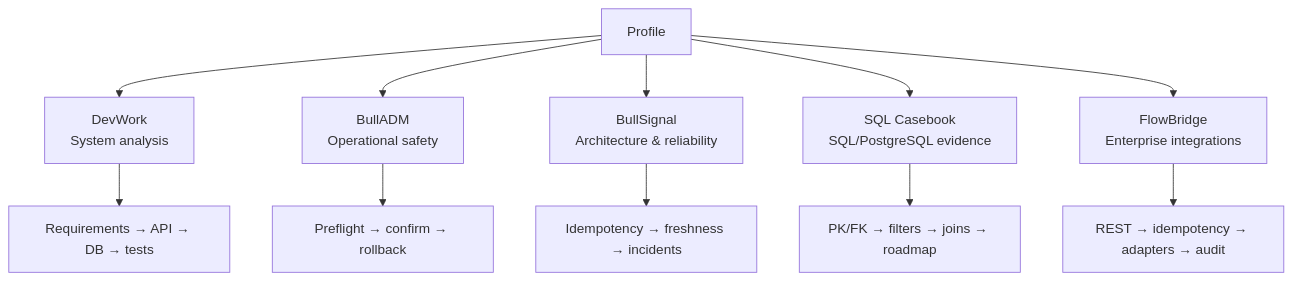
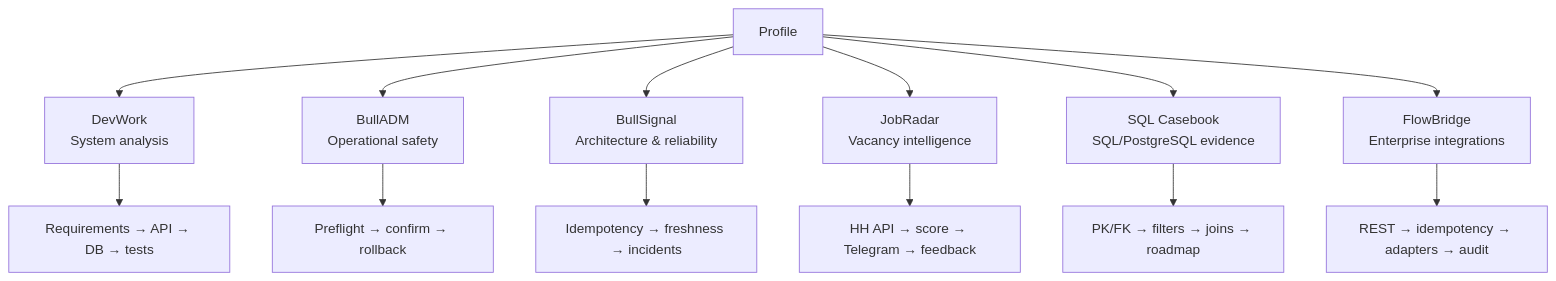
The diagram in PORTFOLIO_MAP.md (blsoo/blsoo), drawn with Mermaid before and after one commit. The commit also changed other lines of this file, not shown here.

Commit message:
Add JobRadar to portfolio map

````diff
--- a/PORTFOLIO_MAP.md
+++ b/PORTFOLIO_MAP.md
@@ -34,14 +36,16 @@
 ```mermaid
 flowchart TD
     P[Profile] --> D[DevWork\nSystem analysis]
     P --> A[BullADM\nOperational safety]
     P --> B[BullSignal\nArchitecture & reliability]
+    P --> J[JobRadar\nVacancy intelligence]
     P --> S[SQL Casebook\nSQL/PostgreSQL evidence]
     P --> F[FlowBridge\nEnterprise integrations]
 
     D --> R1[Requirements → API → DB → tests]
     A --> R2[Preflight → confirm → rollback]
     B --> R3[Idempotency → freshness → incidents]
+    J --> R6[HH API → score → Telegram → feedback]
     S --> R4[PK/FK → filters → joins → roadmap]
     F --> R5[REST → idempotency → adapters → audit]
 ```
````
